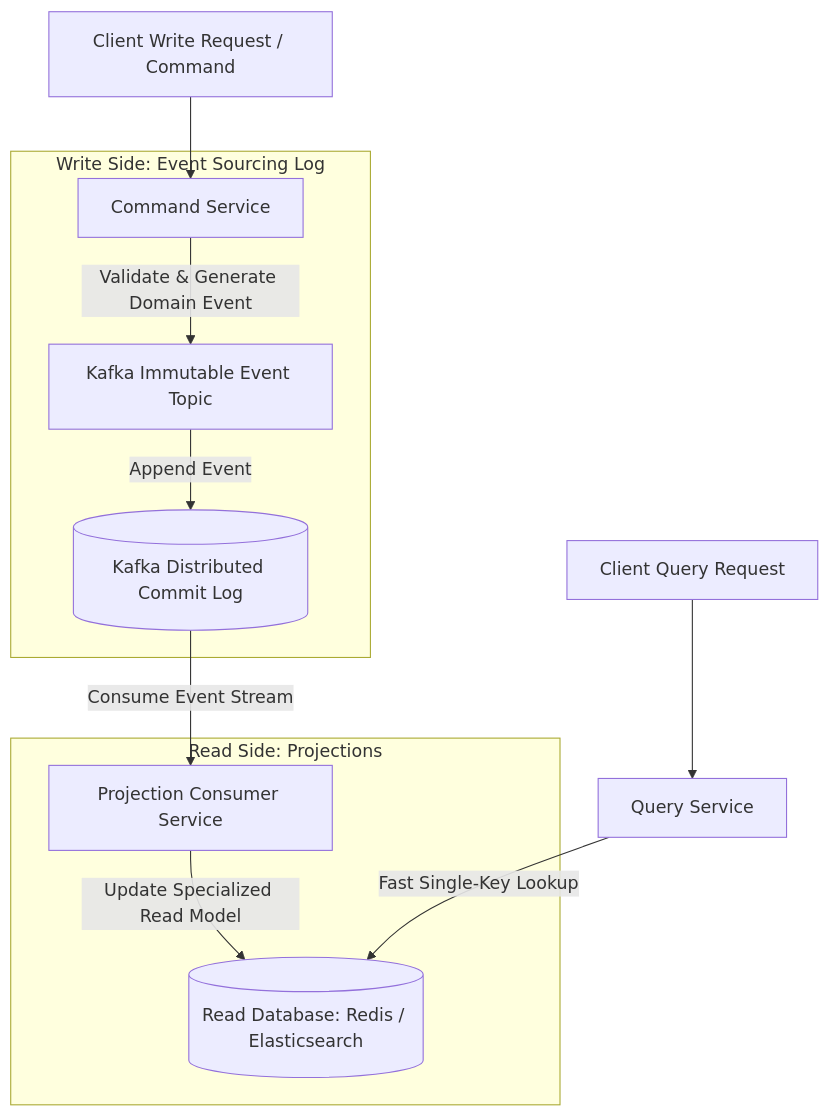
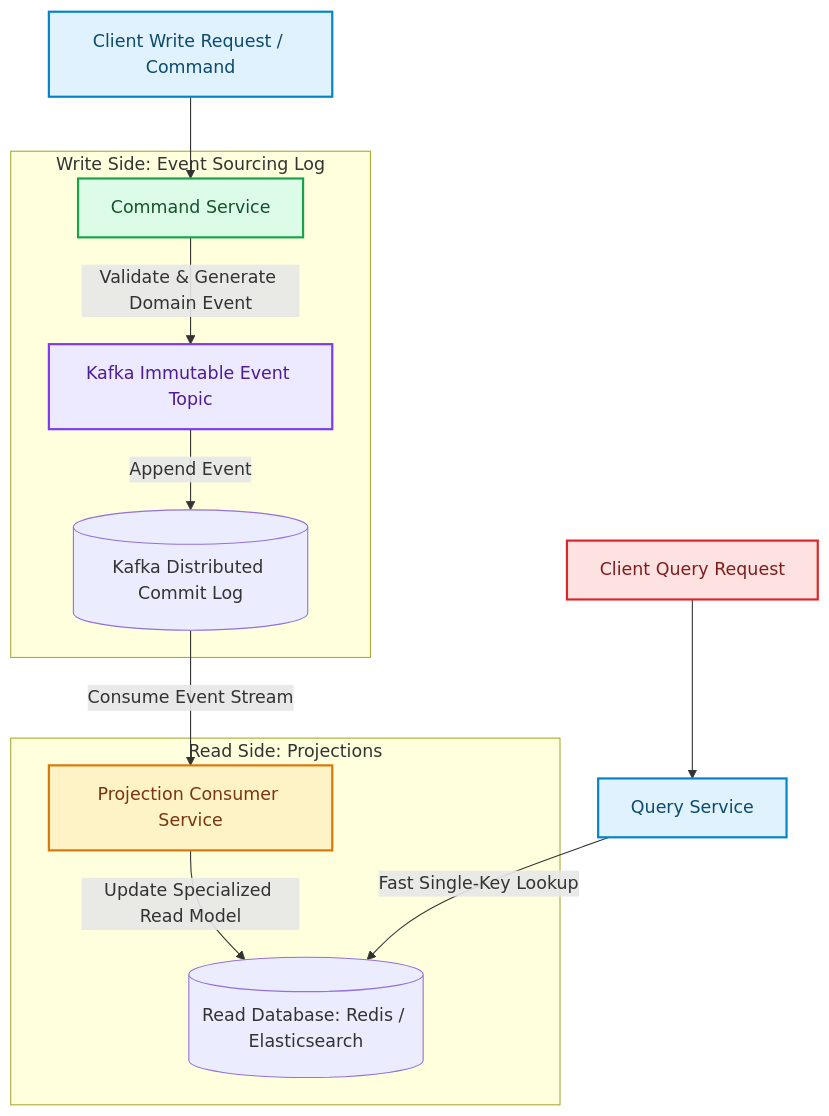
The diagram in blog/posts/event-driven-microservices-cqrs-event-sourcing-kafka.md (akmalkhaniub/akmalkhaniub.github.io), drawn with Mermaid before and after one commit. The commit also changed other lines of this file and 1291 other files, not shown here.

First line of the commit message:
feat(catalog): unique covers, scholarly references, and diagram palettes

````diff
--- a/blog/posts/event-driven-microservices-cqrs-event-sourcing-kafka.md
+++ b/blog/posts/event-driven-microservices-cqrs-event-sourcing-kafka.md
@@ -17,17 +17,28 @@
 ```mermaid
 flowchart TD
-  A[Client Write Request / Command] --> B[Command Service]
+  A["Client Write Request / Command"] --> B["Command Service"]
   
   subgraph SG1_WriteSideEvent ["Write Side: Event Sourcing Log"]
-    B -->|Validate & Generate Domain Event| C[Kafka Immutable Event Topic]
+    B -->|Validate & Generate Domain Event| C["Kafka Immutable Event Topic"]
     C -->|Append Event| D[(Kafka Distributed Commit Log)]
   end
   
   subgraph SG2_ReadSideProjections ["Read Side: Projections"]
-    D -->|Consume Event Stream| E[Projection Consumer Service]
+    D -->|Consume Event Stream| E["Projection Consumer Service"]
     E -->|Update Specialized Read Model| F[(Read Database: Redis / Elasticsearch)]
   end
   
-  G[Client Query Request] --> H[Query Service]
+  G["Client Query Request"] --> H["Query Service"]
   H -->|Fast Single-Key Lookup| F
+
+classDef green fill:#dcfce7,stroke:#16a34a,stroke-width:2px,color:#14532d;
+classDef red fill:#fee2e2,stroke:#dc2626,stroke-width:2px,color:#7f1d1d;
+classDef blue fill:#e0f2fe,stroke:#0284c7,stroke-width:2px,color:#0c4a6e;
+classDef yellow fill:#fef3c7,stroke:#d97706,stroke-width:2px,color:#78350f;
+classDef purple fill:#ede9fe,stroke:#7c3aed,stroke-width:2px,color:#4c1d95;
+class A,H blue
+class B green
+class C purple
+class E yellow
+class G red
 ```
````
